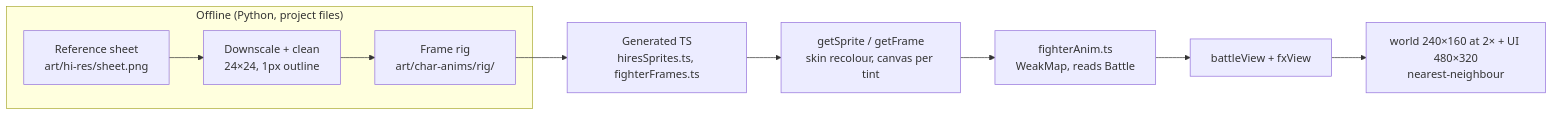
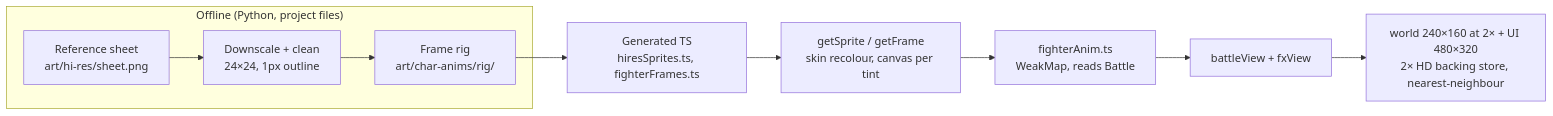
Before and after one commit to WesleyT4N/spell-vs-steel: the eighth of 21 diagrams in docs/ARCHITECTURE.md, drawn with Mermaid. The commit also changed other lines of this file, not shown here.

First line of the commit message:
Architecture doc: Expedition mode, HD layers, PixelLab fighters, painted backdrops (#107-#110)

````diff
--- a/docs/ARCHITECTURE.md
+++ b/docs/ARCHITECTURE.md
@@ -249,12 +252,12 @@
 ```mermaid
 flowchart LR
   subgraph offline ["Offline (Python, project files)"]
     ref["Reference sheet<br/>art/hi-res/sheet.png"] --> down["Downscale + clean<br/>24×24, 1px outline"]
     down --> rig["Frame rig<br/>art/char-anims/rig/"]
   end
   rig --> gen["Generated TS<br/>hiresSprites.ts, fighterFrames.ts"]
   gen --> recolor["getSprite / getFrame<br/>skin recolour, canvas per tint"]
   recolor --> pose["fighterAnim.ts<br/>WeakMap, reads Battle"]
   pose --> draw["battleView + fxView"]
-  draw --> compose["world 240×160 at 2× + UI 480×320<br/>nearest-neighbour"]
+  draw --> compose["world 240×160 at 2× + UI 480×320<br/>2× HD backing store, nearest-neighbour"]
 ```
````
